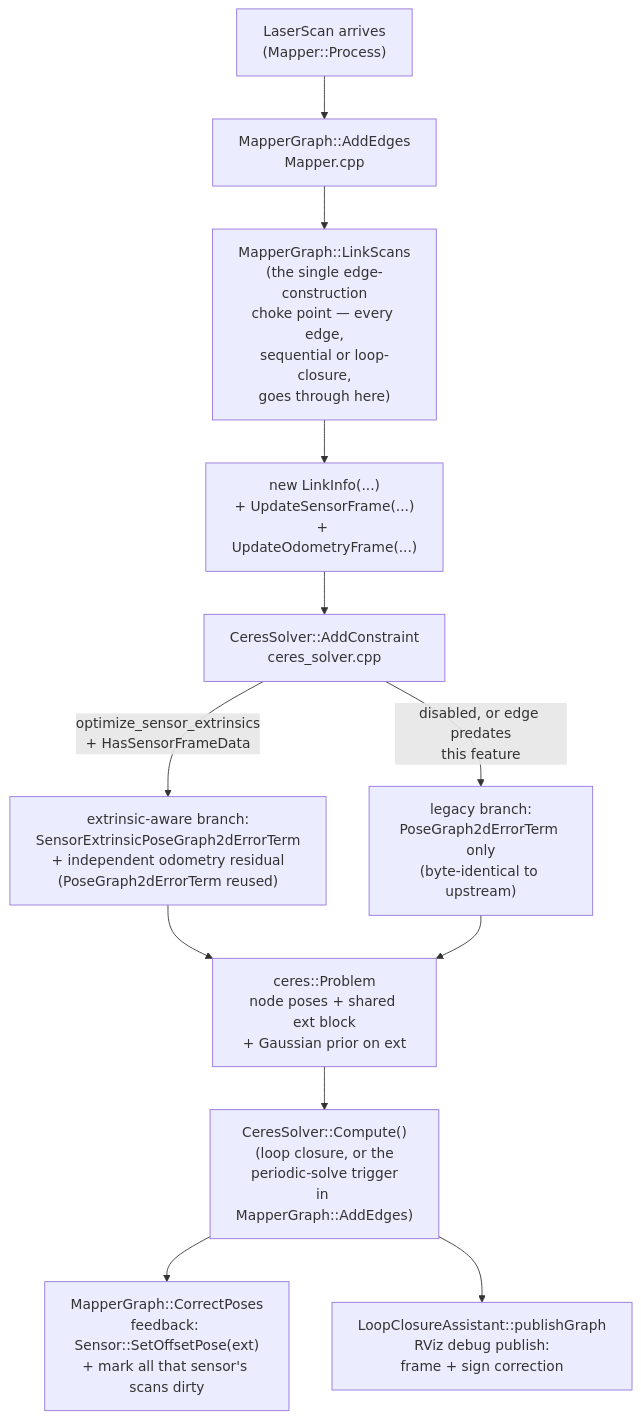
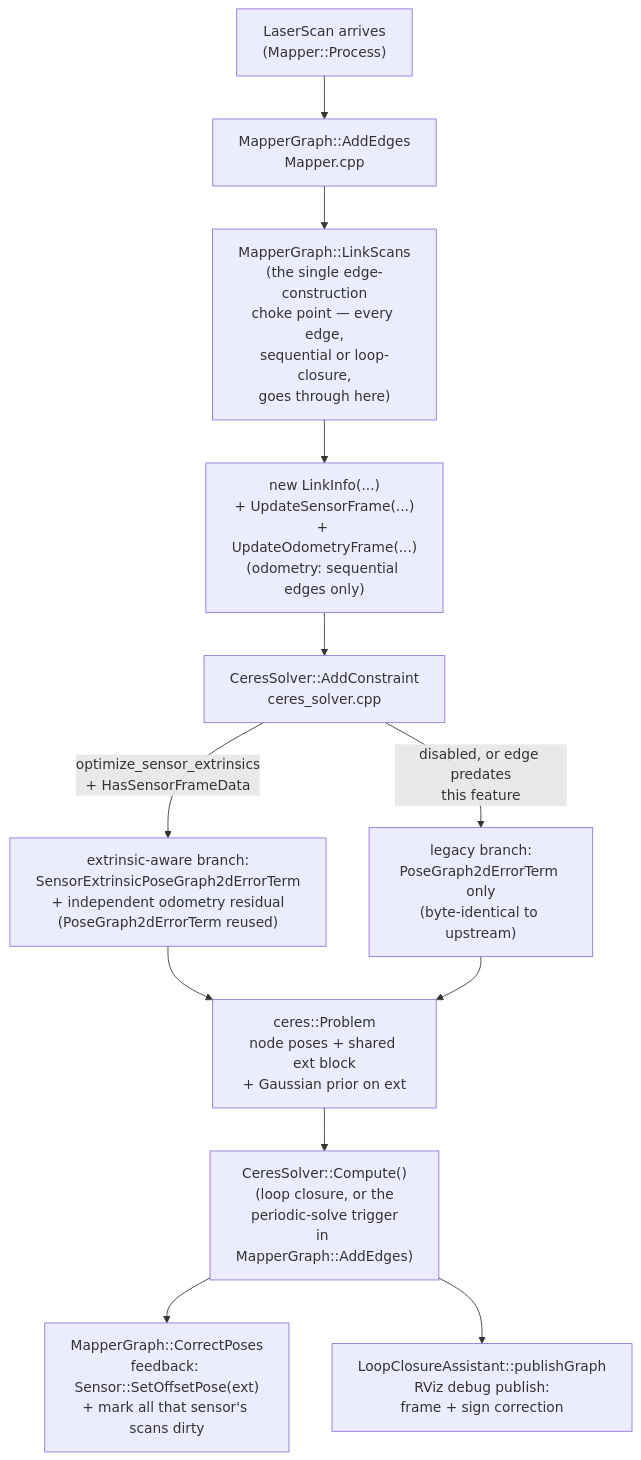
One commit to DynoRobotics/slam_toolbox changed the first of 2 diagrams in EXTRINSIC_CALIBRATION.md. Above: the diagram before and after it, drawn with Mermaid. The commit also changed other lines of this file and 1 other file, not shown here.

````diff
--- a/EXTRINSIC_CALIBRATION.md
+++ b/EXTRINSIC_CALIBRATION.md
@@ -26,14 +26,14 @@
 ```mermaid
 flowchart TD
     A["LaserScan arrives<br/>(Mapper::Process)"] --> B["MapperGraph::AddEdges<br/>Mapper.cpp"]
     B --> C["MapperGraph::LinkScans<br/>(the single edge-construction<br/>choke point — every edge,<br/>sequential or loop-closure,<br/>goes through here)"]
-    C --> D["new LinkInfo(...)<br/>+ UpdateSensorFrame(...)<br/>+ UpdateOdometryFrame(...)"]
+    C --> D["new LinkInfo(...)<br/>+ UpdateSensorFrame(...)<br/>+ UpdateOdometryFrame(...)<br/>(odometry: sequential edges only)"]
     D --> E["CeresSolver::AddConstraint<br/>ceres_solver.cpp"]
     E -->|optimize_sensor_extrinsics<br/>+ HasSensorFrameData| F["extrinsic-aware branch:<br/>SensorExtrinsicPoseGraph2dErrorTerm<br/>+ independent odometry residual<br/>(PoseGraph2dErrorTerm reused)"]
     E -->|disabled, or edge predates<br/>this feature| G["legacy branch:<br/>PoseGraph2dErrorTerm only<br/>(byte-identical to upstream)"]
     F --> H["ceres::Problem<br/>node poses + shared ext block<br/>+ Gaussian prior on ext"]
     G --> H
     H --> I["CeresSolver::Compute()<br/>(loop closure, or the<br/>periodic-solve trigger<br/>in MapperGraph::AddEdges)"]
     I --> J["MapperGraph::CorrectPoses<br/>feedback: Sensor::SetOffsetPose(ext)<br/>+ mark all that sensor's scans dirty"]
     I --> K["LoopClosureAssistant::publishGraph<br/>RViz debug publish:<br/>frame + sign correction"]
 ```
````
